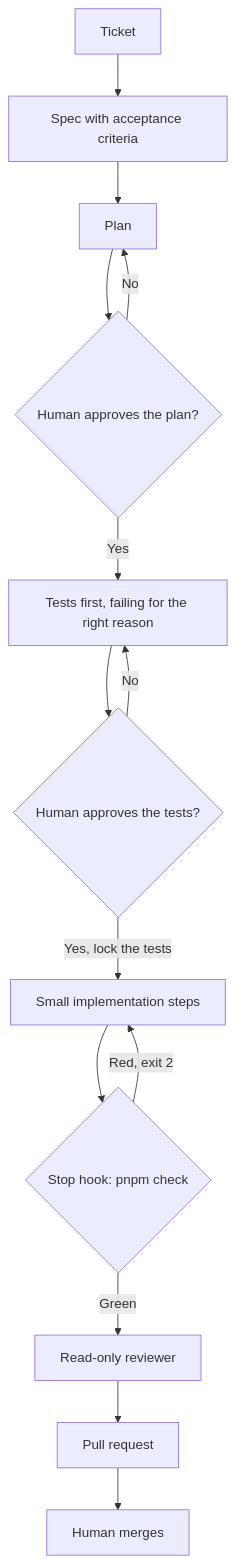
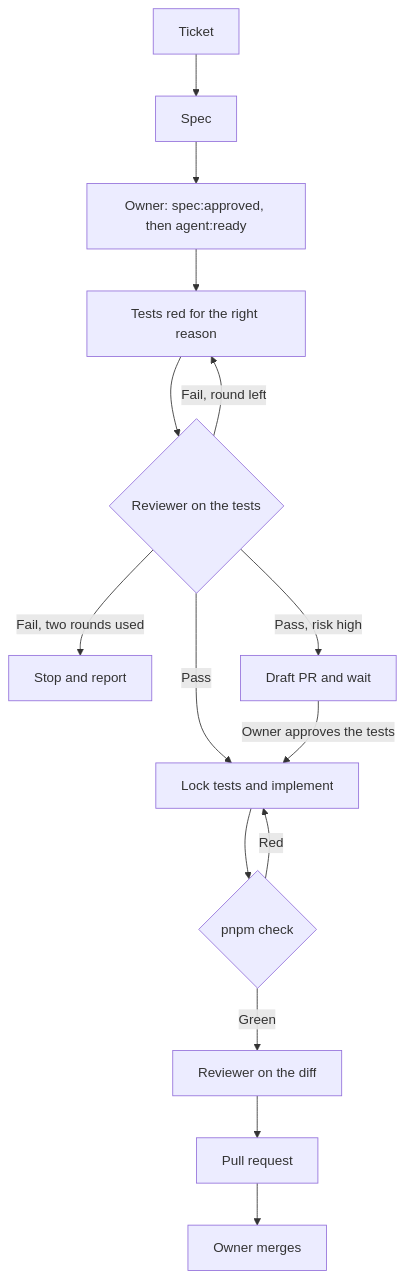
The diagram in docs/workflow.md (koszczapinski/forkcast), drawn with Mermaid before and after one commit. The commit also changed other lines of this file and 14 other files, not shown here.

````diff
--- a/docs/workflow.md
+++ b/docs/workflow.md
@@ -9,16 +9,17 @@
 ```mermaid
 flowchart TD
-  ticket[Ticket] --> spec[Spec with acceptance criteria]
-  spec --> plan[Plan]
-  plan --> approvePlan{Human approves the plan?}
-  approvePlan -->|No| plan
-  approvePlan -->|Yes| tests[Tests first, failing for the right reason]
-  tests --> approveTests{Human approves the tests?}
-  approveTests -->|No| tests
-  approveTests -->|Yes, lock the tests| impl[Small implementation steps]
-  impl --> gate{Stop hook: pnpm check}
-  gate -->|Red, exit 2| impl
-  gate -->|Green| review[Read-only reviewer]
-  review --> pr[Pull request]
-  pr --> human[Human merges]
+  ticket[Ticket] --> spec[Spec]
+  spec --> ready["Owner: spec:approved, then agent:ready"]
+  ready --> tests[Tests red for the right reason]
+  tests --> testReview{Reviewer on the tests}
+  testReview -->|Fail, round left| tests
+  testReview -->|Fail, two rounds used| report[Stop and report]
+  testReview -->|Pass, risk high| draft[Draft PR and wait]
+  testReview -->|Pass| impl[Lock tests and implement]
+  draft -->|Owner approves the tests| impl
+  impl --> gate{pnpm check}
+  gate -->|Red| impl
+  gate -->|Green| diffReview[Reviewer on the diff]
+  diffReview --> pr[Pull request]
+  pr --> merge[Owner merges]
 ```
````
